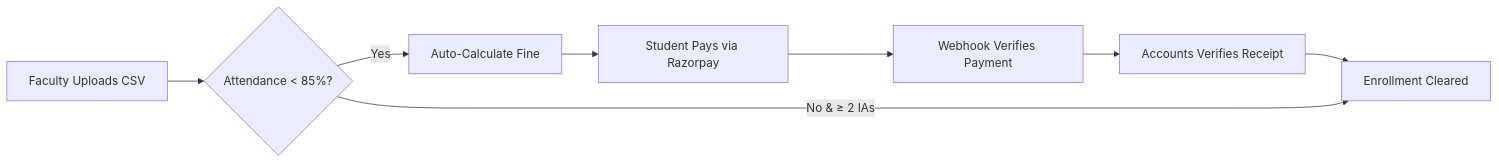
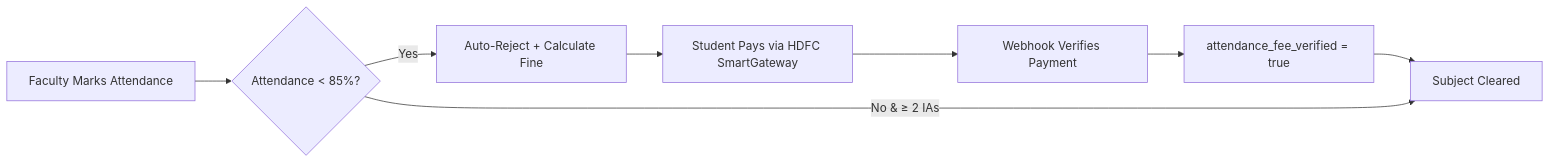
The second of 3 diagrams in README.md (visheshdevanur/NOC-Portal), drawn with Mermaid before and after one commit. The commit also changed other lines of this file, not shown here.

Commit message:
docs: update README with HDFC SmartGateway, corrected clearance workflow, payment sequence diagrams

````diff
--- a/README.md
+++ b/README.md
@@ -178,10 +215,10 @@
 ```mermaid
 graph LR
-    A[Faculty Uploads CSV] --> B{Attendance < 85%?}
-    B -->|Yes| C[Auto-Calculate Fine]
-    C --> D[Student Pays via Razorpay]
+    A[Faculty Marks Attendance] --> B{Attendance < 85%?}
+    B -->|Yes| C[Auto-Reject + Calculate Fine]
+    C --> D[Student Pays via HDFC SmartGateway]
     D --> E[Webhook Verifies Payment]
-    E --> F[Accounts Verifies Receipt]
-    F --> G[Enrollment Cleared]
+    E --> F[attendance_fee_verified = true]
+    F --> G[Subject Cleared]
     B -->|No & ≥ 2 IAs| G
 ```
````
